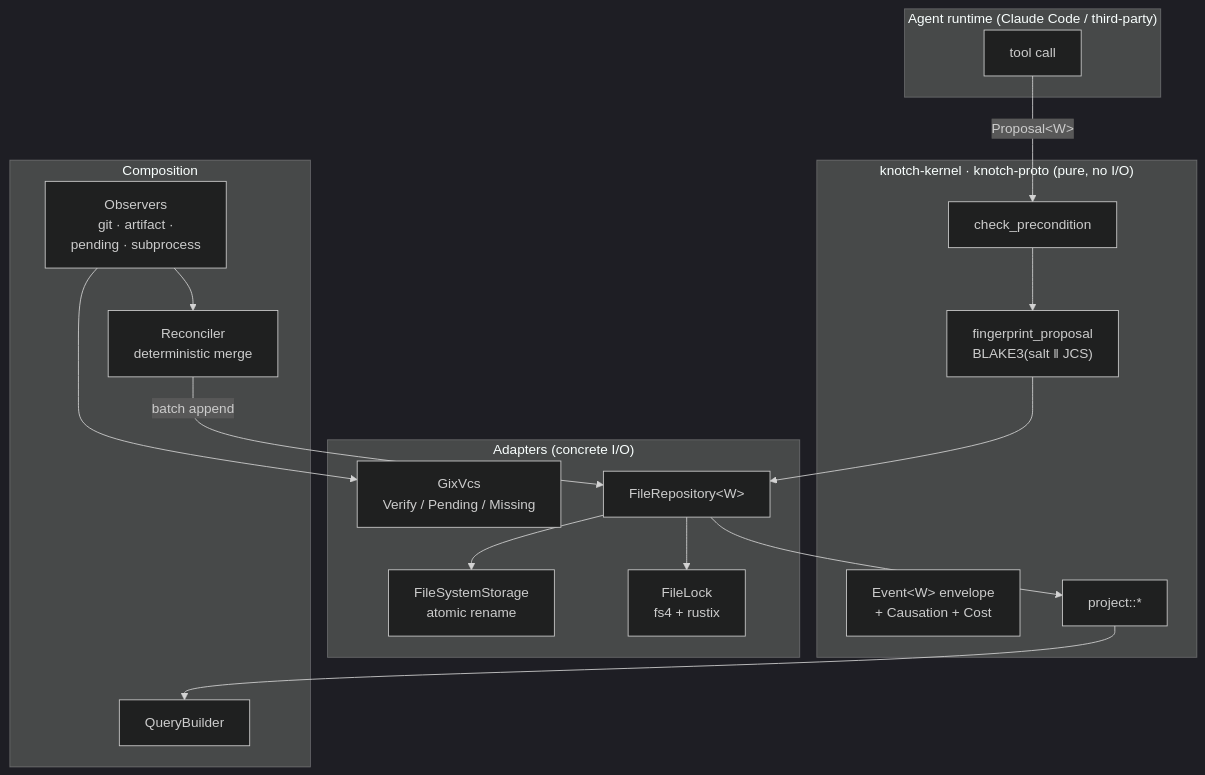
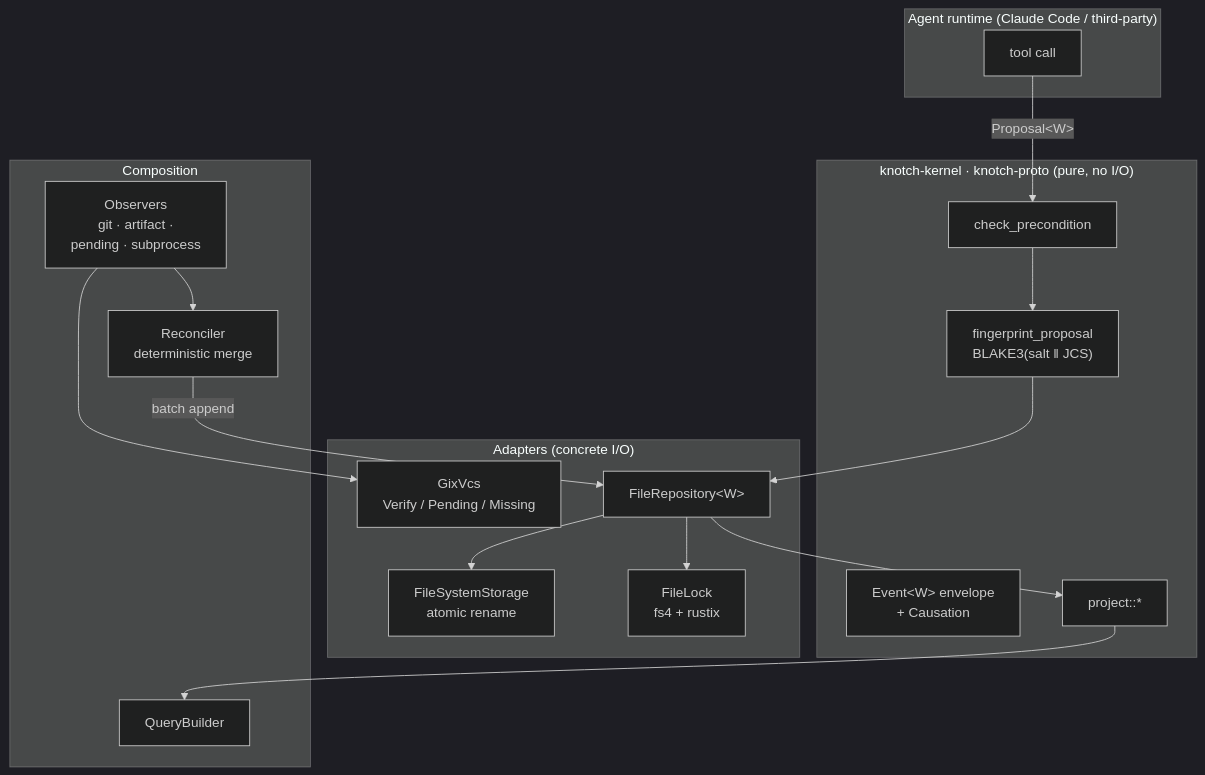
The third of 3 diagrams in README.ko.md (junyeong-ai/knotch), drawn with Mermaid (dark theme) before and after one commit. The commit also changed other lines of this file and 9 other files, not shown here.

````diff
--- a/README.ko.md
+++ b/README.ko.md
@@ -205,37 +205,37 @@
 ```mermaid
 graph TB
     subgraph agent["Agent runtime (Claude Code / third-party)"]
         TC["tool call"]
     end
 
     subgraph kernel["knotch-kernel · knotch-proto (pure, no I/O)"]
-        EV["Event&lt;W&gt; envelope<br/>+ Causation + Cost"]
+        EV["Event&lt;W&gt; envelope<br/>+ Causation"]
         PR["check_precondition"]
         FP["fingerprint_proposal<br/>BLAKE3(salt ‖ JCS)"]
         PJ["project::*"]
     end
 
     subgraph adapters["Adapters (concrete I/O)"]
         REPO["FileRepository&lt;W&gt;"]
         STORE["FileSystemStorage<br/>atomic rename"]
         LOCK["FileLock<br/>fs4 + rustix"]
         VCS["GixVcs<br/>Verify / Pending / Missing"]
     end
 
     subgraph compose["Composition"]
         OBS["Observers<br/>git · artifact ·<br/>pending · subprocess"]
         REC["Reconciler<br/>deterministic merge"]
         QRY["QueryBuilder"]
     end
 
     TC -->|"Proposal&lt;W&gt;"| PR
     PR --> FP
     FP --> REPO
     REPO --> STORE
     REPO --> LOCK
     OBS --> VCS
     OBS --> REC
     REC -->|"batch append"| REPO
     REPO --> PJ
     PJ --> QRY
 ```
````
